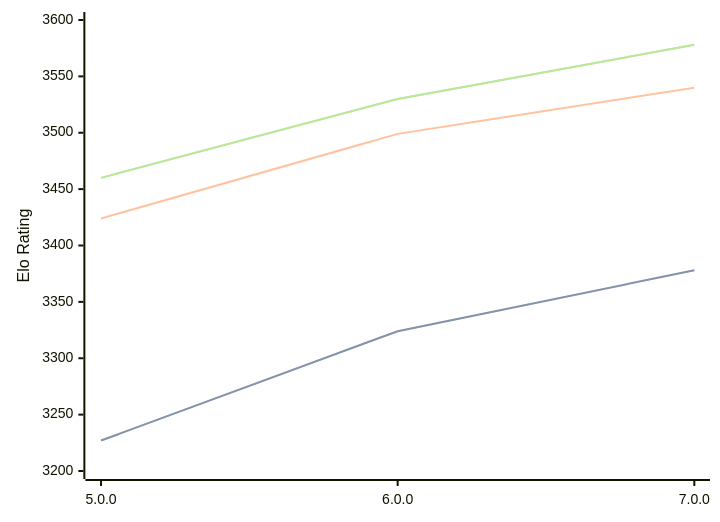
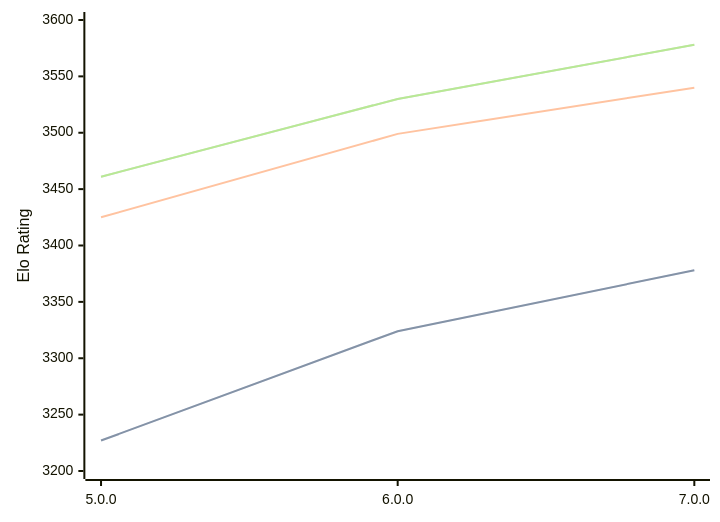
Before and after one commit to computer-chess-index/cci: the diagram in engines/Stormphrax.md, drawn with Mermaid. The commit also changed other lines of this file, not shown here.

Commit message:
Update CCI Ratings (ELO VLTC) - 2026-04-10

````diff
--- a/engines/Stormphrax.md
+++ b/engines/Stormphrax.md
@@ -38,11 +38,11 @@
 ```mermaid
 %%{init: {"theme":"base","themeVariables":{"seriesColors:['#a3a3a3','#222221','#faa371']}}}%%
 xychart-beta
   x-axis ["5.0.0", "6.0.0", "7.0.0"]
   y-axis "Elo Rating" 3200 --> 3600
   line "STC (8.0+0.08s)" [3227, 3324, 3378]
   line "STC (8.0+0.08s)" [3227, 3324, 3378]
-  line "LTC (60.0+0.60s)" [3424, 3499, 3540]
-  line "VLTC (2m24s+1.12s)" [3460, 3530, 3578]
-  line "VLTC (2m24s+1.12s)" [3460, 3530, 3578]
+  line "LTC (60.0+0.60s)" [3425, 3499, 3540]
+  line "VLTC (2m24s+1.12s)" [3461, 3530, 3578]
+  line "VLTC (2m24s+1.12s)" [3461, 3530, 3578]
 ```
````
